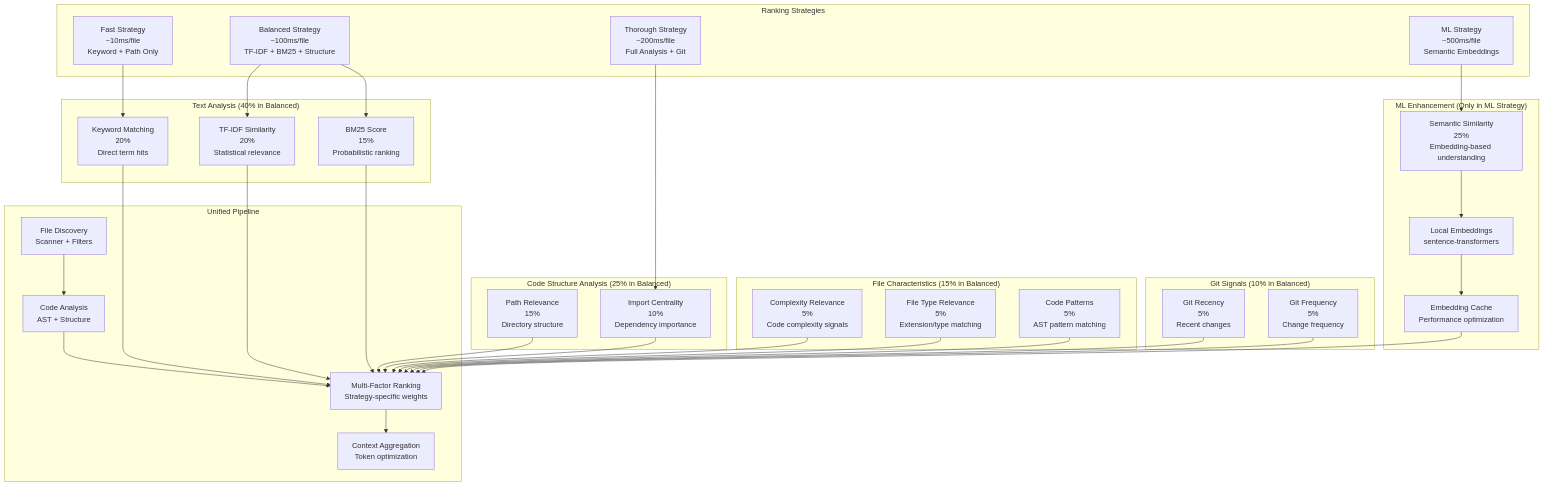
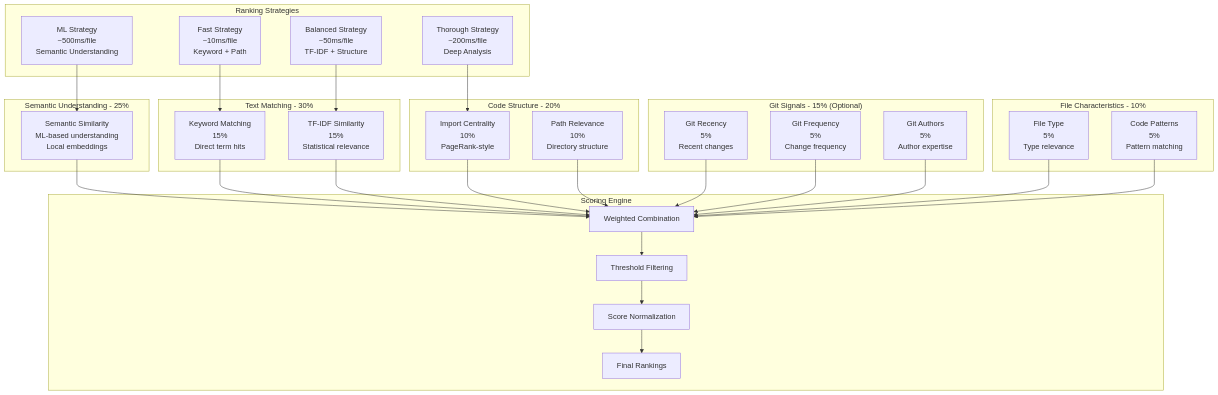
One commit to jddunn/tenets changed the tenth of 31 diagrams in docs/ARCHITECTURE.md. Above: the diagram before and after it, drawn with Mermaid. The commit also changed other lines of this file and 50 other files, not shown here.

````diff
--- a/docs/ARCHITECTURE.md
+++ b/docs/ARCHITECTURE.md
@@ -908,69 +906,61 @@
 ```mermaid
 graph TD
     subgraph "Ranking Strategies"
-        FAST[Fast Strategy<br/>~10ms/file<br/>Keyword + Path Only]
-        BALANCED[Balanced Strategy<br/>~100ms/file<br/>TF-IDF + BM25 + Structure]
-        THOROUGH[Thorough Strategy<br/>~200ms/file<br/>Full Analysis + Git]
-        ML_STRAT[ML Strategy<br/>~500ms/file<br/>Semantic Embeddings]
+        FAST[Fast Strategy<br/>~10ms/file<br/>Keyword + Path]
+        BALANCED[Balanced Strategy<br/>~50ms/file<br/>TF-IDF + Structure]
+        THOROUGH[Thorough Strategy<br/>~200ms/file<br/>Deep Analysis]
+        ML_STRAT[ML Strategy<br/>~500ms/file<br/>Semantic Understanding]
     end
 
-    subgraph "Text Analysis (40% in Balanced)"
-        KEY_MATCH[Keyword Matching<br/>20%<br/>Direct term hits]
-        TFIDF_SIM[TF-IDF Similarity<br/>20%<br/>Statistical relevance]
-        BM25_SCORE[BM25 Score<br/>15%<br/>Probabilistic ranking]
+    subgraph "Semantic Understanding - 25%"
+        SEM_SIM[Semantic Similarity<br/>ML-based understanding<br/>Local embeddings]
     end
 
-    subgraph "Code Structure Analysis (25% in Balanced)"
-        PATH_REL[Path Relevance<br/>15%<br/>Directory structure]
-        IMP_CENT[Import Centrality<br/>10%<br/>Dependency importance]
+    subgraph "Text Matching - 30%"
+        KEY_MATCH[Keyword Matching<br/>15%<br/>Direct term hits]
+        TFIDF_SIM[TF-IDF Similarity<br/>15%<br/>Statistical relevance]
     end
 
-    subgraph "File Characteristics (15% in Balanced)"
-        COMPLEXITY_REL[Complexity Relevance<br/>5%<br/>Code complexity signals]
-        FILE_TYPE[File Type Relevance<br/>5%<br/>Extension/type matching]
-        CODE_PAT[Code Patterns<br/>5%<br/>AST pattern matching]
+    subgraph "Code Structure - 20%"
+        IMP_CENT[Import Centrality<br/>10%<br/>PageRank-style]
+        PATH_REL[Path Relevance<br/>10%<br/>Directory structure]
     end
 
-    subgraph "Git Signals (10% in Balanced)"
+    subgraph "Git Signals - 15% (Optional)"
         GIT_REC[Git Recency<br/>5%<br/>Recent changes]
         GIT_FREQ[Git Frequency<br/>5%<br/>Change frequency]
+        GIT_AUTH[Git Authors<br/>5%<br/>Author expertise]
     end
 
-    subgraph "ML Enhancement (Only in ML Strategy)"
-        SEM_SIM[Semantic Similarity<br/>25%<br/>Embedding-based understanding]
-        LOCAL_EMB[Local Embeddings<br/>sentence-transformers]
-        EMBED_CACHE[Embedding Cache<br/>Performance optimization]
+    subgraph "File Characteristics - 10%"
+        FILE_TYPE[File Type<br/>5%<br/>Type relevance]
+        CODE_PAT[Code Patterns<br/>5%<br/>Pattern matching]
     end
 
-    subgraph "Unified Pipeline"
-        FILE_DISCOVERY[File Discovery<br/>Scanner + Filters]
-        ANALYSIS[Code Analysis<br/>AST + Structure]
-        RANKING[Multi-Factor Ranking<br/>Strategy-specific weights]
-        AGGREGATION[Context Aggregation<br/>Token optimization]
+    subgraph "Scoring Engine"
+        WEIGHTED[Weighted Combination]
+        THRESHOLD[Threshold Filtering]
+        NORMALIZED[Score Normalization]
+        RANKED[Final Rankings]
     end
 
     FAST --> KEY_MATCH
     BALANCED --> TFIDF_SIM
-    BALANCED --> BM25_SCORE
     THOROUGH --> IMP_CENT
     ML_STRAT --> SEM_SIM
 
-    FILE_DISCOVERY --> ANALYSIS
-    ANALYSIS --> RANKING
-    RANKING --> AGGREGATION
+    SEM_SIM --> WEIGHTED
+    KEY_MATCH --> WEIGHTED
+    TFIDF_SIM --> WEIGHTED
+    IMP_CENT --> WEIGHTED
+    PATH_REL --> WEIGHTED
+    GIT_REC --> WEIGHTED
+    GIT_FREQ --> WEIGHTED
+    GIT_AUTH --> WEIGHTED
+    FILE_TYPE --> WEIGHTED
+    CODE_PAT --> WEIGHTED
 
-    KEY_MATCH --> RANKING
-    TFIDF_SIM --> RANKING
-    BM25_SCORE --> RANKING
-    PATH_REL --> RANKING
-    IMP_CENT --> RANKING
-    COMPLEXITY_REL --> RANKING
-    FILE_TYPE --> RANKING
-    CODE_PAT --> RANKING
-    GIT_REC --> RANKING
-    GIT_FREQ --> RANKING
-
-    SEM_SIM --> LOCAL_EMB
-    LOCAL_EMB --> EMBED_CACHE
-    EMBED_CACHE --> RANKING
+    WEIGHTED --> THRESHOLD
+    THRESHOLD --> NORMALIZED
+    NORMALIZED --> RANKED
 ```
````
